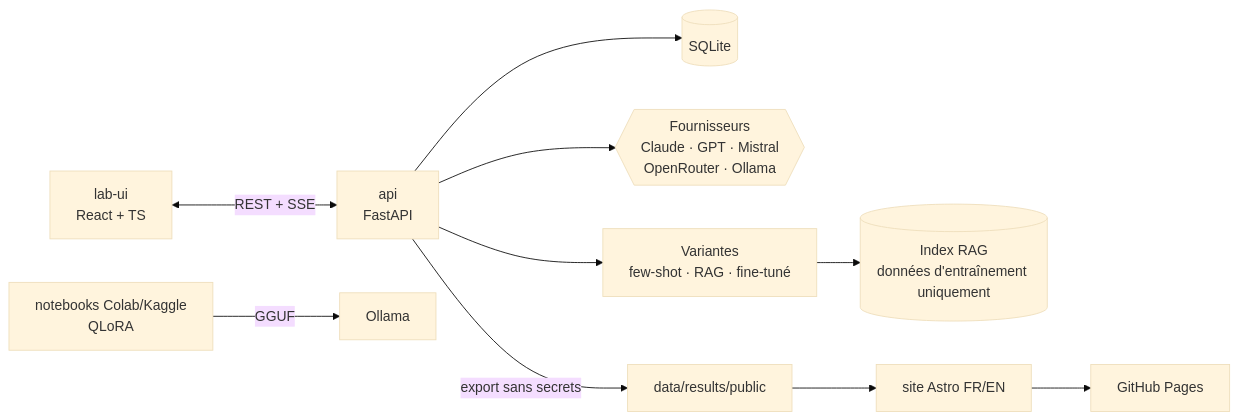
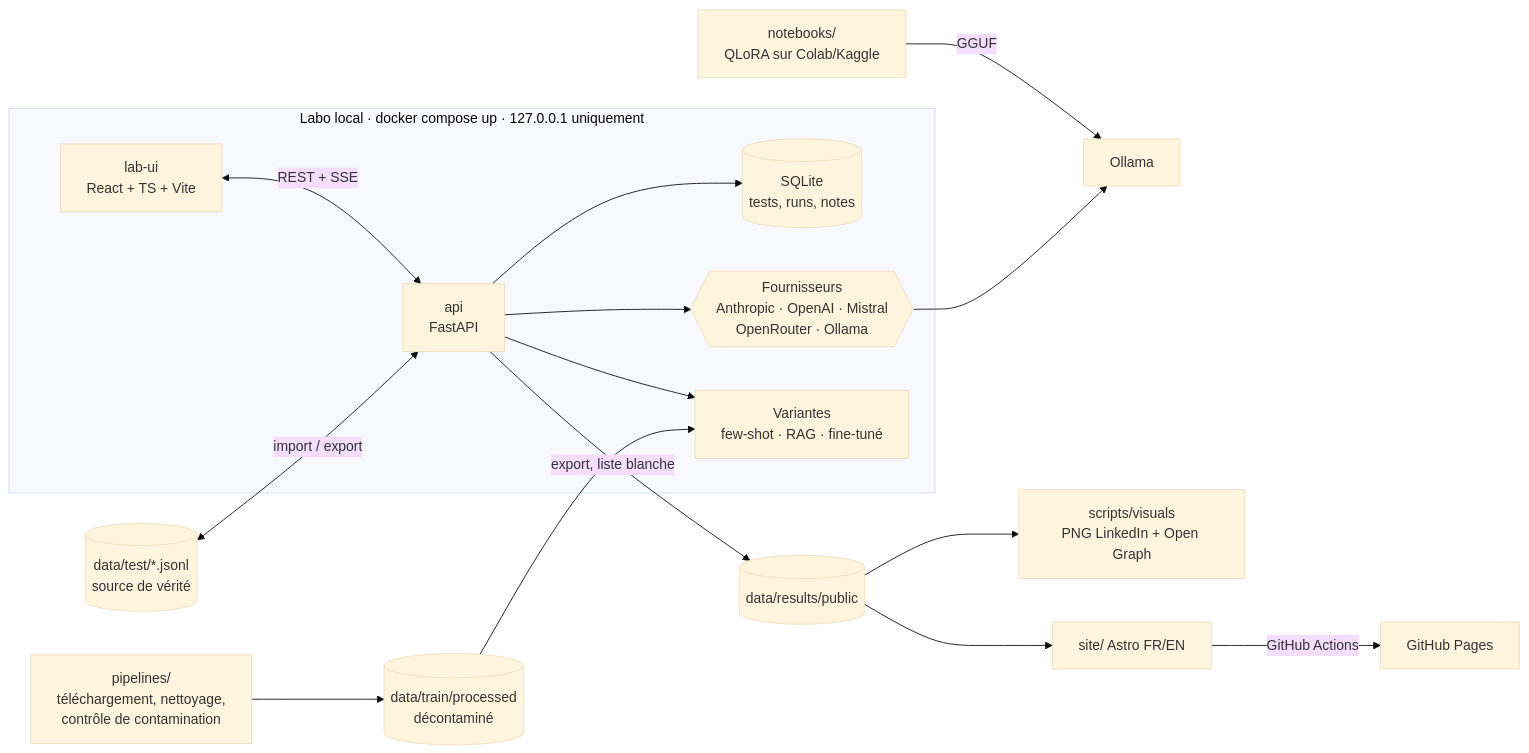
One commit to hasdaouiryma16-cmd/kabyle-llm-benchmark changed the diagram in README.md. Above: the diagram before and after it, drawn with Mermaid (base theme). The commit also changed other lines of this file and 34 other files, not shown here.

First line of the commit message:
feat: site public, visuels LinkedIn et documentation complète

````diff
--- a/README.md
+++ b/README.md
@@ -39,11 +45,17 @@
 ```mermaid
 flowchart LR
-  UI[lab-ui<br/>React + TS] <-->|REST + SSE| API[api<br/>FastAPI]
-  API --> DB[(SQLite)]
-  API --> P{{Fournisseurs<br/>Claude · GPT · Mistral<br/>OpenRouter · Ollama}}
-  API --> V[Variantes<br/>few-shot · RAG · fine-tuné]
-  V --> IDX[(Index RAG<br/>données d'entraînement uniquement)]
-  API -->|export sans secrets| R[data/results/public]
-  R --> S[site Astro FR/EN] --> GP[GitHub Pages]
-  NB[notebooks Colab/Kaggle<br/>QLoRA] -->|GGUF| OL[Ollama]
+  subgraph LAB["Labo local · docker compose up · 127.0.0.1 uniquement"]
+    UI["lab-ui<br/>React + TS + Vite"] <-->|"REST + SSE"| API["api<br/>FastAPI"]
+    API --> DB[("SQLite<br/>tests, runs, notes")]
+    API --> P{{"Fournisseurs<br/>Anthropic · OpenAI · Mistral<br/>OpenRouter · Ollama"}}
+    API --> V["Variantes<br/>few-shot · RAG · fine-tuné"]
+  end
+  T[("data/test/*.jsonl<br/>source de vérité")] <-->|"import / export"| API
+  TR[("data/train/processed<br/>décontaminé")] --> V
+  PIPE["pipelines/<br/>téléchargement, nettoyage,<br/>contrôle de contamination"] --> TR
+  NB["notebooks/<br/>QLoRA sur Colab/Kaggle"] -->|"GGUF"| OL["Ollama"]
+  P --> OL
+  API -->|"export, liste blanche"| R[("data/results/public")]
+  R --> VIS["scripts/visuals<br/>PNG LinkedIn + Open Graph"]
+  R --> S["site/ Astro FR/EN"] -->|"GitHub Actions"| GP["GitHub Pages"]
 ```
````
